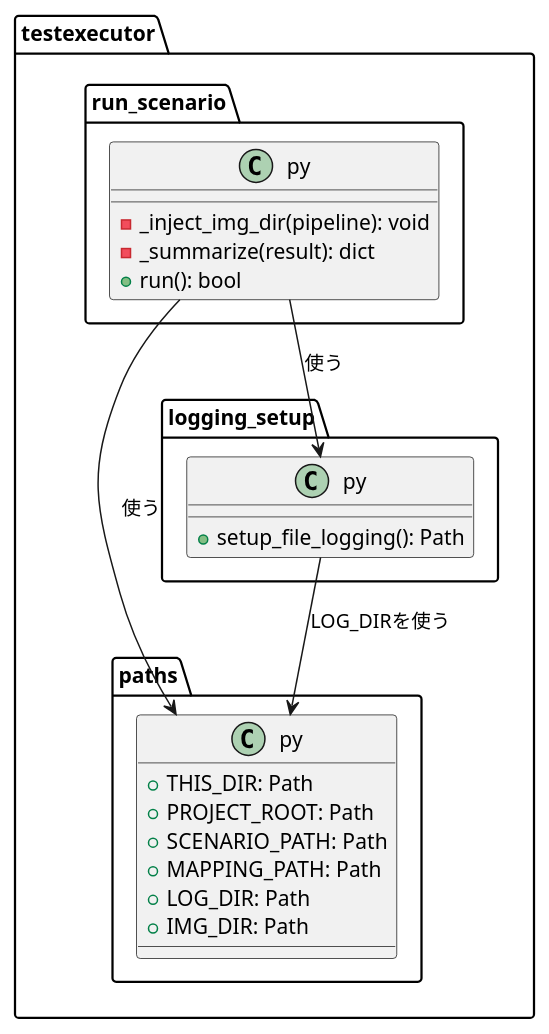
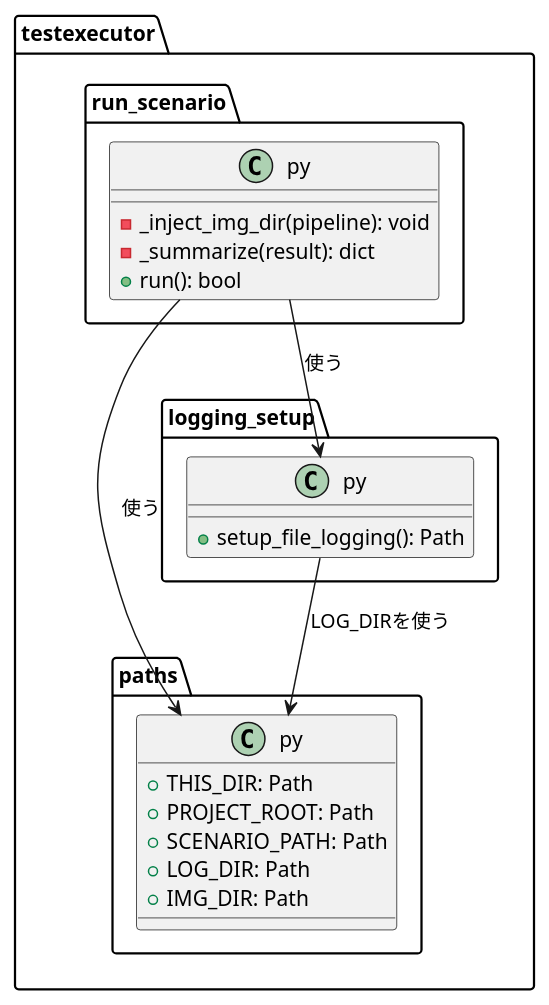
The diagram in 01_docs/worklog/2026-08-29_paths_diagram.puml (tygff422/scenario_test), drawn with PlantUML before and after one commit. The commit also changed 5 other files, not shown here.

```diff
--- a/01_docs/worklog/2026-08-29_paths_diagram.puml
+++ b/01_docs/worklog/2026-08-29_paths_diagram.puml
@@ -1,24 +1,23 @@
 @startuml paths_and_logging_setup
 package "testexecutor" {
   class paths.py {
     +THIS_DIR: Path
     +PROJECT_ROOT: Path
     +SCENARIO_PATH: Path
-    +MAPPING_PATH: Path
     +LOG_DIR: Path
     +IMG_DIR: Path
   }
   class logging_setup.py {
     +setup_file_logging(): Path
   }
   class run_scenario.py {
     -_inject_img_dir(pipeline): void
     -_summarize(result): dict
     +run(): bool
   }
 
   run_scenario.py --> paths.py : 使う
   run_scenario.py --> logging_setup.py : 使う
   logging_setup.py --> paths.py : LOG_DIRを使う
 }
 @enduml
```
